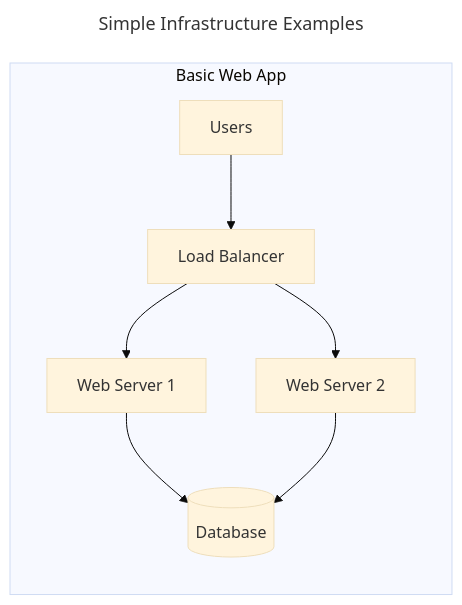
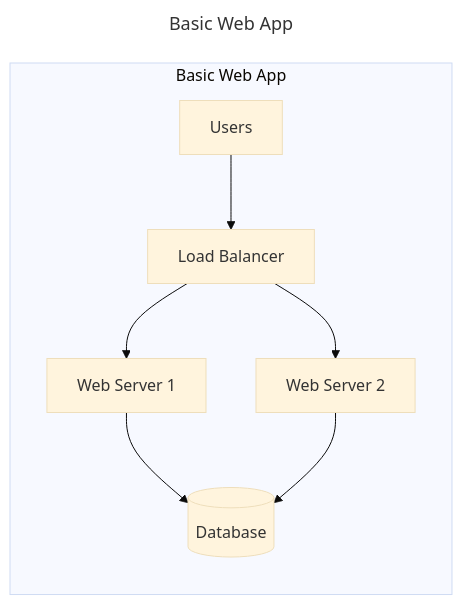
The diagram in diagrams/simple-examples.mmd (timaalta/claude-mermaid), drawn with Mermaid (base theme) before and after one commit. The commit also changed other lines of this file and 3 other files, not shown here.

First line of the commit message:
Fix Mermaid diagram format and add more examples

````diff
--- a/diagrams/simple-examples.mmd
+++ b/diagrams/simple-examples.mmd
@@ -1,14 +1,11 @@
-```mermaid
 ---
-title: Simple Infrastructure Examples
+title: Basic Web App
 ---
-
 flowchart LR
     subgraph "Basic Web App"
         U[Users] --> LB[Load Balancer]
         LB --> WS1[Web Server 1]
         LB --> WS2[Web Server 2]
         WS1 --> DB[(Database)]
         WS2 --> DB
     end
-```
````
